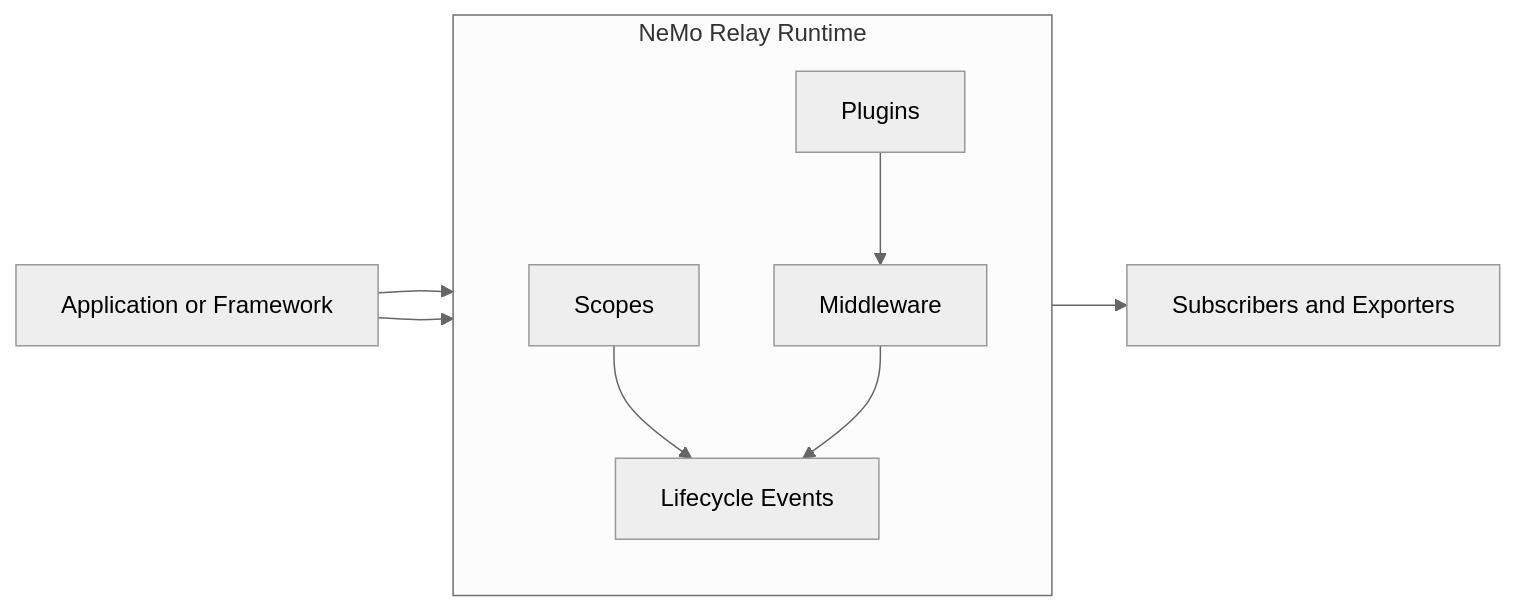
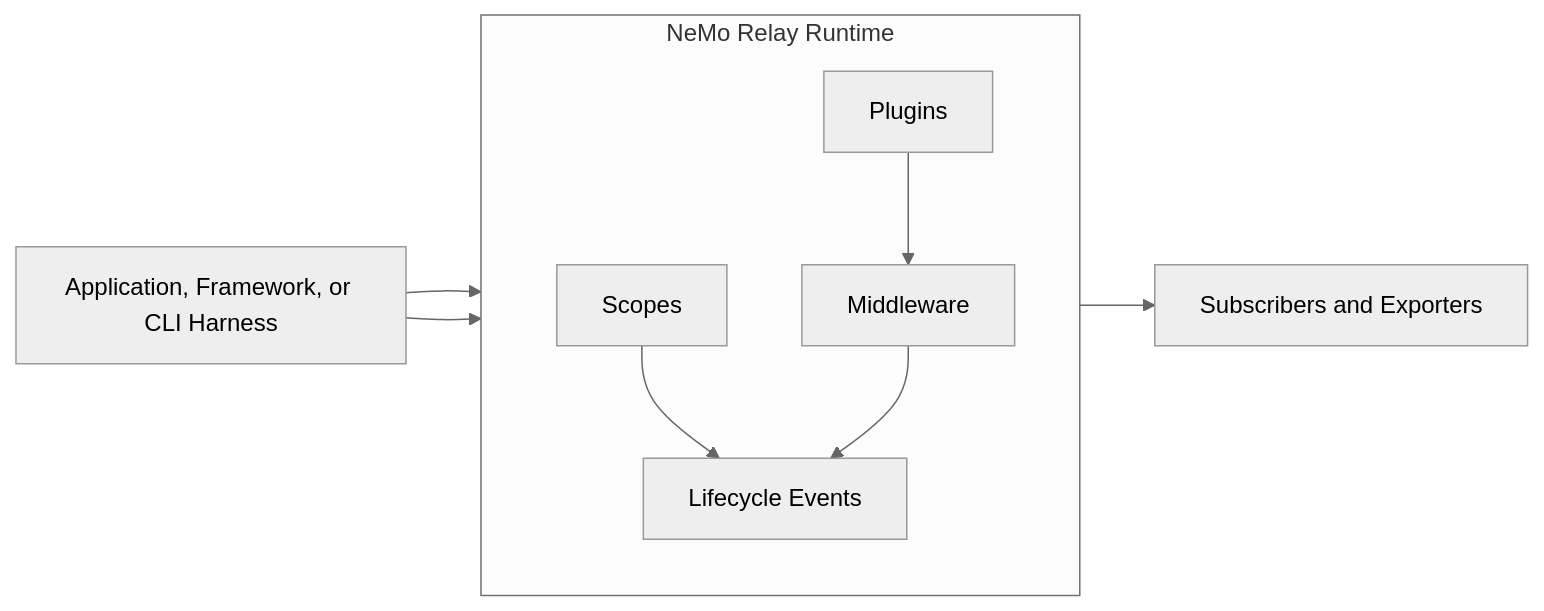
One commit to NVIDIA/NeMo-Relay changed the diagram in README.md. Above: the diagram before and after it, drawn with Mermaid (neutral theme). The commit also changed other lines of this file and 1 other file, not shown here.

Commit message:
docs: improve Relay onboarding flow

````diff
--- a/README.md
+++ b/README.md
@@ -78,21 +212,21 @@
 ```mermaid
 flowchart LR
-    App[Application or Framework]
+    App[Application, Framework, or CLI Harness]
 
     subgraph Runtime[NeMo Relay Runtime]
         direction TB
         Scopes[Scopes]
         Middleware[Middleware]
         Plugins[Plugins]
         Events[Lifecycle Events]
     end
 
     Output[Subscribers and Exporters]
 
     App --> Scopes
     App --> Middleware
     Plugins --> Middleware
     Scopes --> Events
     Middleware --> Events
     Events --> Output
 ```
````
